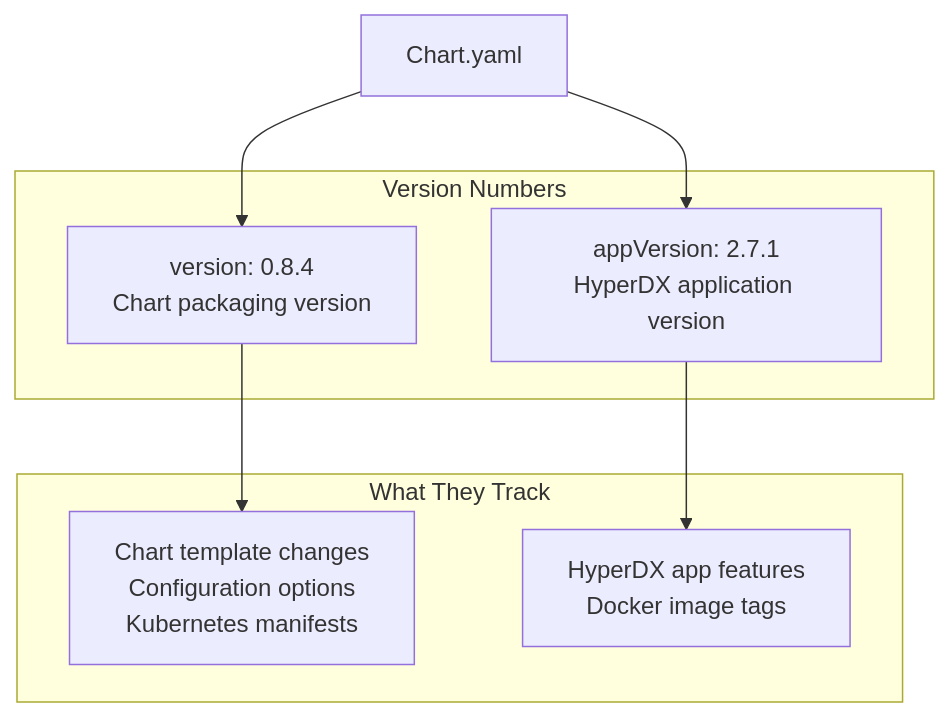
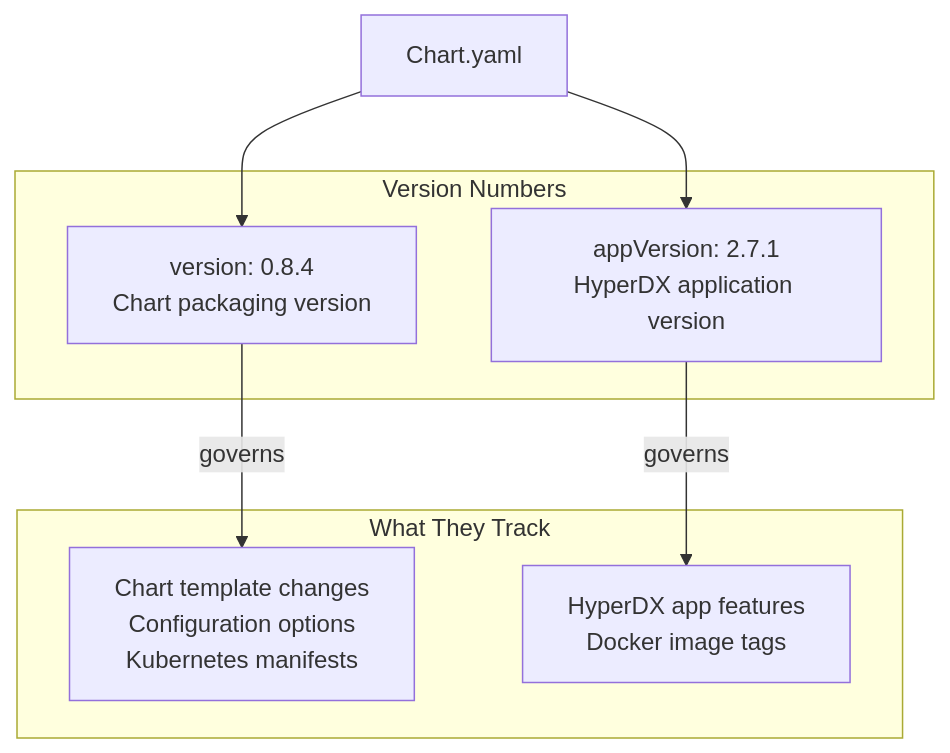
The first of 6 diagrams in docs/hyperdxio-helm-charts-docs/What's-New.md (openchoreo/openchoreo), drawn with Mermaid before and after one commit. The commit also changed other lines of this file and 85 other files, not shown here.

Commit message:
feat: Add new workflow and specification templates, update Helm chart dependencies, and clarify documentation diagrams.

````diff
--- a/docs/hyperdxio-helm-charts-docs/What's-New.md
+++ b/docs/hyperdxio-helm-charts-docs/What's-New.md
@@ -17,24 +17,24 @@
 ```mermaid
 flowchart TD
 
 ChartYAML["Chart.yaml"]
 ChartVersion["version: 0.8.4<br>Chart packaging version"]
 AppVersion["appVersion: 2.7.1<br>HyperDX application version"]
 ChartChanges["Chart template changes<br>Configuration options<br>Kubernetes manifests"]
 AppChanges["HyperDX app features<br>Docker image tags"]
 
 ChartYAML --> ChartVersion
 ChartYAML --> AppVersion
-ChartVersion --> ChartChanges
-AppVersion --> AppChanges
+ChartVersion -->|"governs"| ChartChanges
+AppVersion -->|"governs"| AppChanges
 
 subgraph subGraph1 ["What They Track"]
     ChartChanges
     AppChanges
 end
 
 subgraph subGraph0 ["Version Numbers"]
     ChartVersion
     AppVersion
 end
 ```
````
